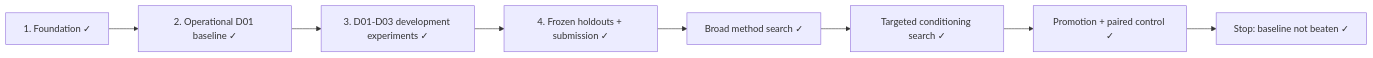
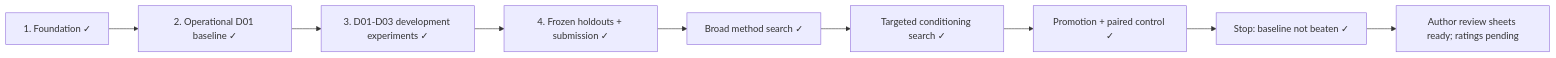
One commit to komaksym/weon-assignment changed the diagram in PLANS.md. Above: the diagram before and after it, drawn with Mermaid. The commit also changed other lines of this file and 9 other files, not shown here.

````diff
--- a/PLANS.md
+++ b/PLANS.md
@@ -5,10 +5,11 @@
 ```mermaid
 flowchart LR
     S1[1. Foundation ✓] --> S2[2. Operational D01 baseline ✓]
     S2 --> S3[3. D01-D03 development experiments ✓]
     S3 --> S4[4. Frozen holdouts + submission ✓]
     S4 --> B[Broad method search ✓]
     B --> T[Targeted conditioning search ✓]
     T --> P[Promotion + paired control ✓]
     P --> D[Stop: baseline not beaten ✓]
+    D --> H[Author review sheets ready; ratings pending]
 ```
````
